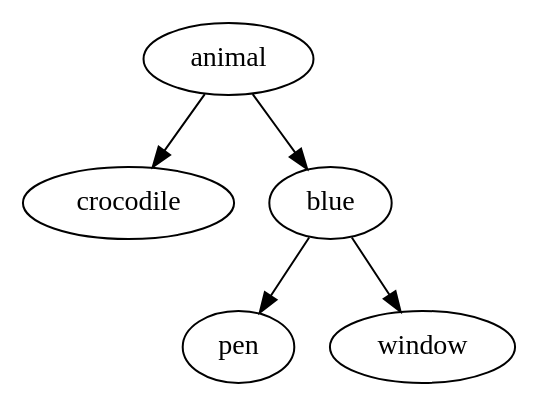
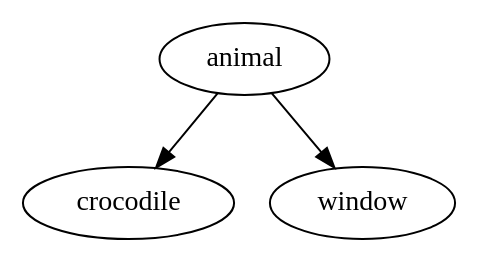
The diagram in akinator/tree.dot (alextroegubov/Technotrack-C-course), drawn with Graphviz before and after one commit. The commit also changed 8 other files, not shown here.

```diff
--- a/akinator/tree.dot
+++ b/akinator/tree.dot
@@ -1,12 +1,8 @@
 digraph G {
-94324332344576[label = "crocodile"]
-94324332344496[label = "animal"]
-94324332344496->94324332344576;
-94324332344496->94324332346816;
-94324332346896[label = "pen"]
-94324332346816[label = "blue"]
-94324332346816->94324332346896;
-94324332346816->94324332346976;
-94324332346976[label = "window"]
+94903795373312[label = "crocodile"]
+94903795373232[label = "animal"]
+94903795373232->94903795373312;
+94903795373232->94903795373392;
+94903795373392[label = "window"]
 
 }
```
